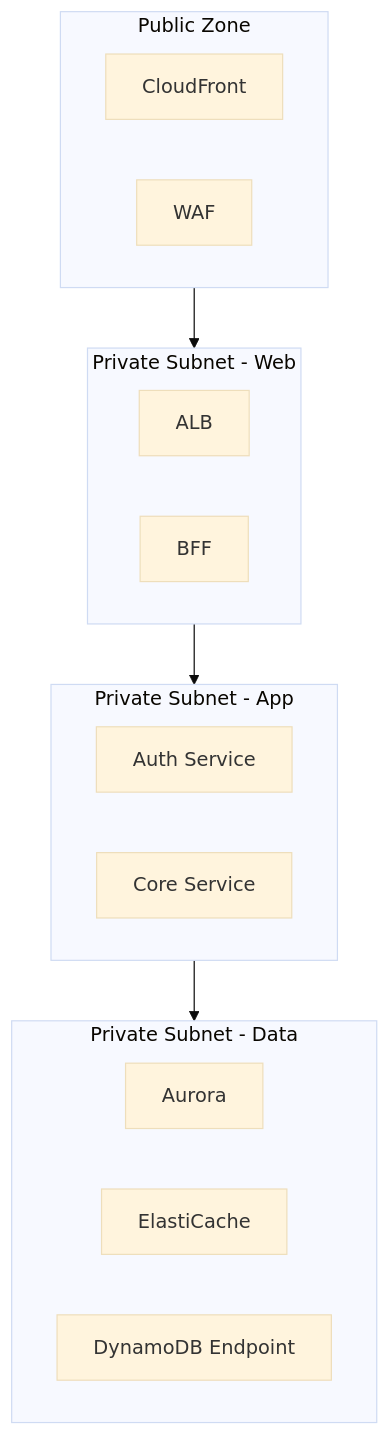
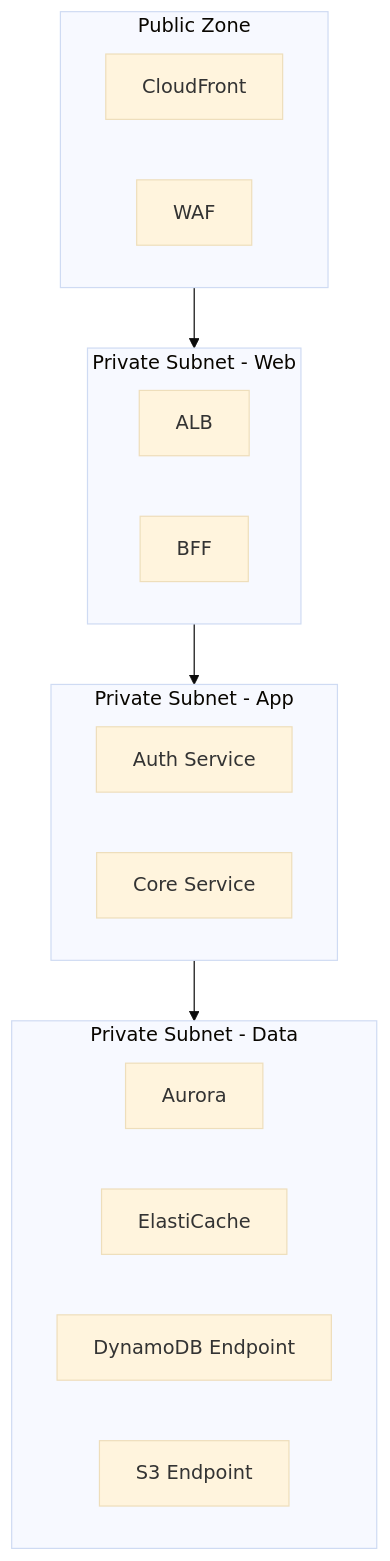
Before and after one commit to ka2kama/ringiflow: the fifth of 5 diagrams in docs/02_基本設計書/00_アーキテクチャ概要.md, drawn with Mermaid (base theme). The commit also changed other lines of this file and 30 other files, not shown here.

````diff
--- a/docs/02_基本設計書/00_アーキテクチャ概要.md
+++ b/docs/02_基本設計書/00_アーキテクチャ概要.md
@@ -187,27 +187,28 @@
 ```mermaid
 flowchart TB
     subgraph Public["Public Zone"]
         CF["CloudFront"]
         WAF["WAF"]
     end
 
     subgraph PrivateWeb["Private Subnet - Web"]
         ALB["ALB"]
         BFF["BFF"]
     end
 
     subgraph PrivateApp["Private Subnet - App"]
         Auth["Auth Service"]
         Core["Core Service"]
     end
 
     subgraph PrivateData["Private Subnet - Data"]
         Aurora["Aurora"]
         Redis["ElastiCache"]
         DynamoDB["DynamoDB Endpoint"]
+        S3EP["S3 Endpoint"]
     end
 
     Public --> PrivateWeb
     PrivateWeb --> PrivateApp
     PrivateApp --> PrivateData
 ```
````
